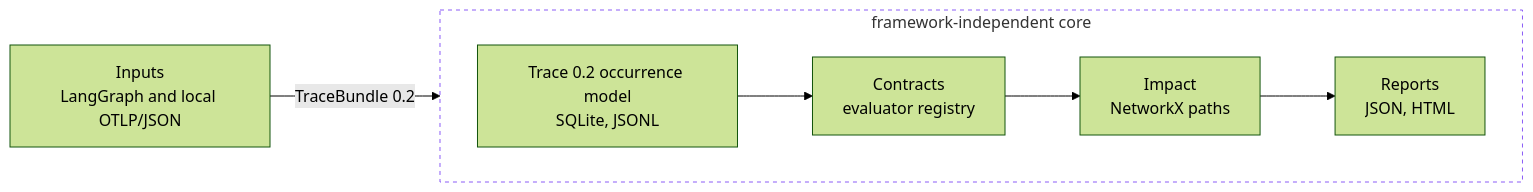
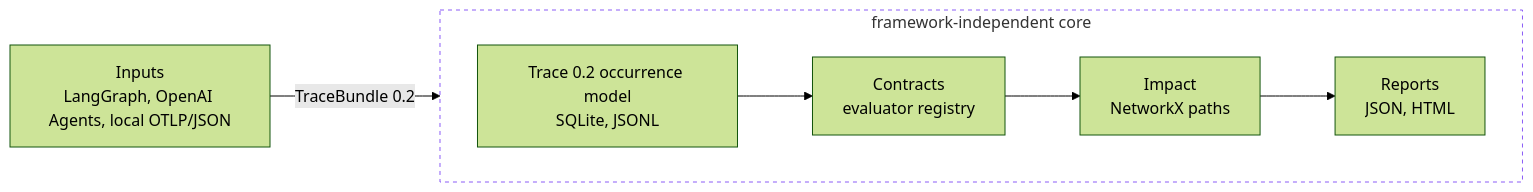
One commit to graphabi/graphabi changed the second of 2 diagrams in README.md. Above: the diagram before and after it, drawn with Mermaid (forest theme). The commit also changed other lines of this file and 19 other files, not shown here.

First line of the commit message:
feat: add OpenAI Agents SDK adapter (#20)

````diff
--- a/README.md
+++ b/README.md
@@ -116,19 +116,19 @@
 ```mermaid
 flowchart LR
-    A["Inputs<br/>LangGraph and local OTLP/JSON"]
+    A["Inputs<br/>LangGraph, OpenAI Agents, local OTLP/JSON"]
 
     subgraph core ["framework-independent core"]
         direction LR
         T["Trace 0.2 occurrence model<br/>SQLite, JSONL"]
         C["Contracts<br/>evaluator registry"]
         I["Impact<br/>NetworkX paths"]
         R["Reports<br/>JSON, HTML"]
         T --> C --> I --> R
     end
 
     A -- "TraceBundle 0.2" --> T
 
     classDef stage stroke-width:1px
     class A,T,C,I,R stage
     style core fill:none,stroke:#8B5CF6,stroke-dasharray: 4 4
 ```
````
